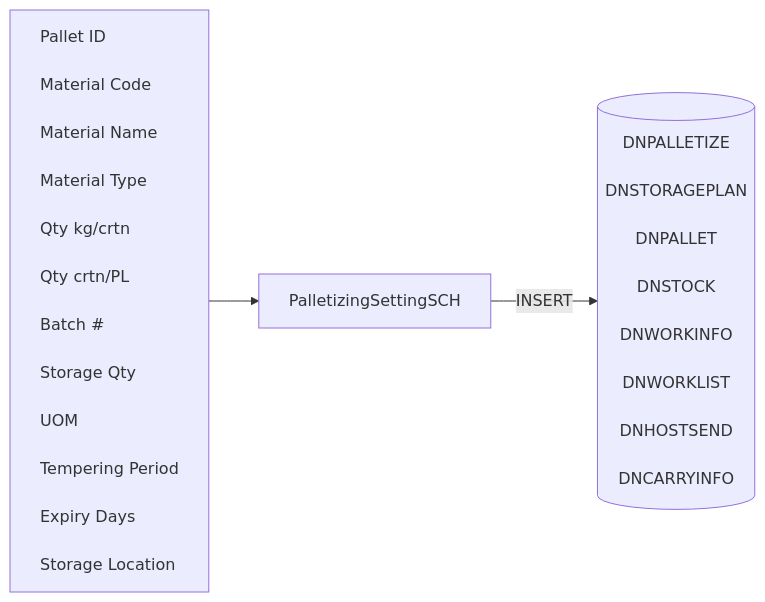
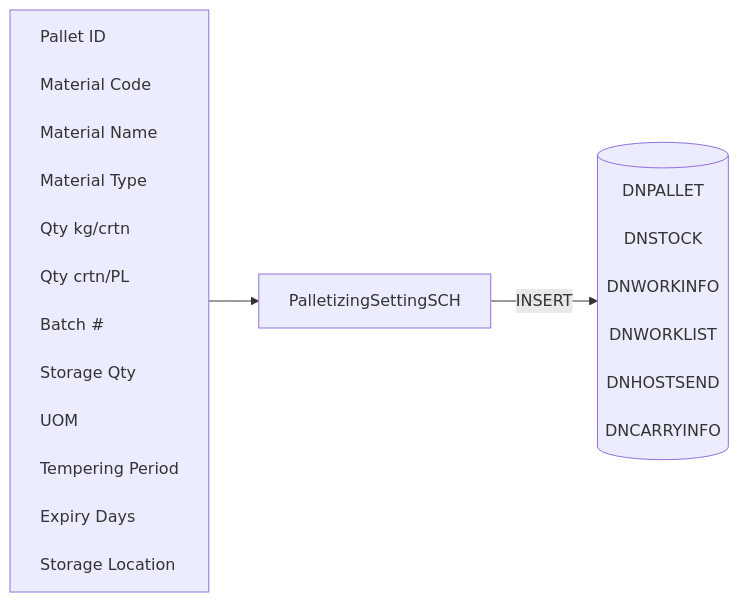
The diagram in Basic-Design/DFD-WMS/Storage/Unplanned-Storage.md (luthfiadityaa/SimeDarby-Wiki), drawn with Mermaid before and after one commit.

Commit message:
Updated Unplanned Storage

```diff
--- a/Basic-Design/DFD-WMS/Storage/Unplanned-Storage.md
+++ b/Basic-Design/DFD-WMS/Storage/Unplanned-Storage.md
@@ -13,35 +13,33 @@
 ::: mermaid
 flowchart LR
     input[
         Pallet ID<br>
         Material Code<br>
         Material Name<br>
         Material Type<br>
         Qty kg/crtn<br>
         Qty crtn/PL<br>
         Batch #<br>
         Storage Qty<br>        
         UOM<br>
         Tempering Period<br>
         Expiry Days<br>
         Storage Location<br>        
     ]
 
     tableList-insert[("
-        DNPALLETIZE<br>
-        DNSTORAGEPLAN<br>
         DNPALLET<br>
         DNSTOCK<br>
         DNWORKINFO<br>
         DNWORKLIST<br>
         DNHOSTSEND<br>
         DNCARRYINFO<br>
     ")]
 
     className[PalletizingSettingSCH]
 
     input --> className --> |INSERT| tableList-insert
 
     classDef leftAlign text-align:left;
     class input leftAlign;
 :::
```
